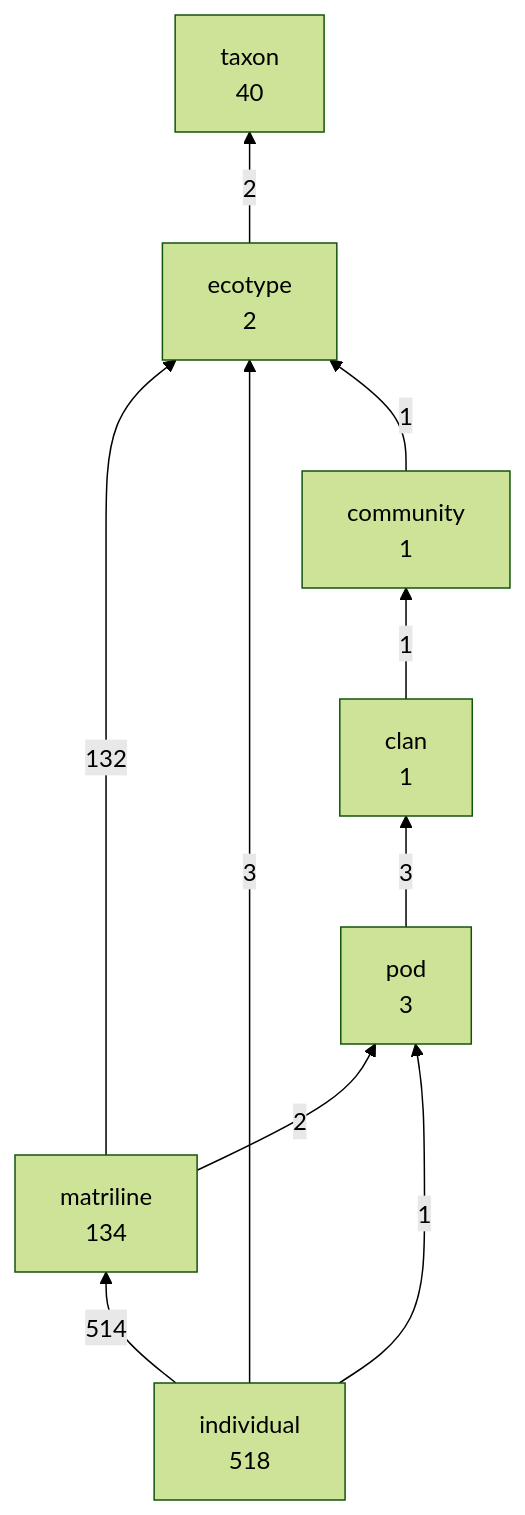
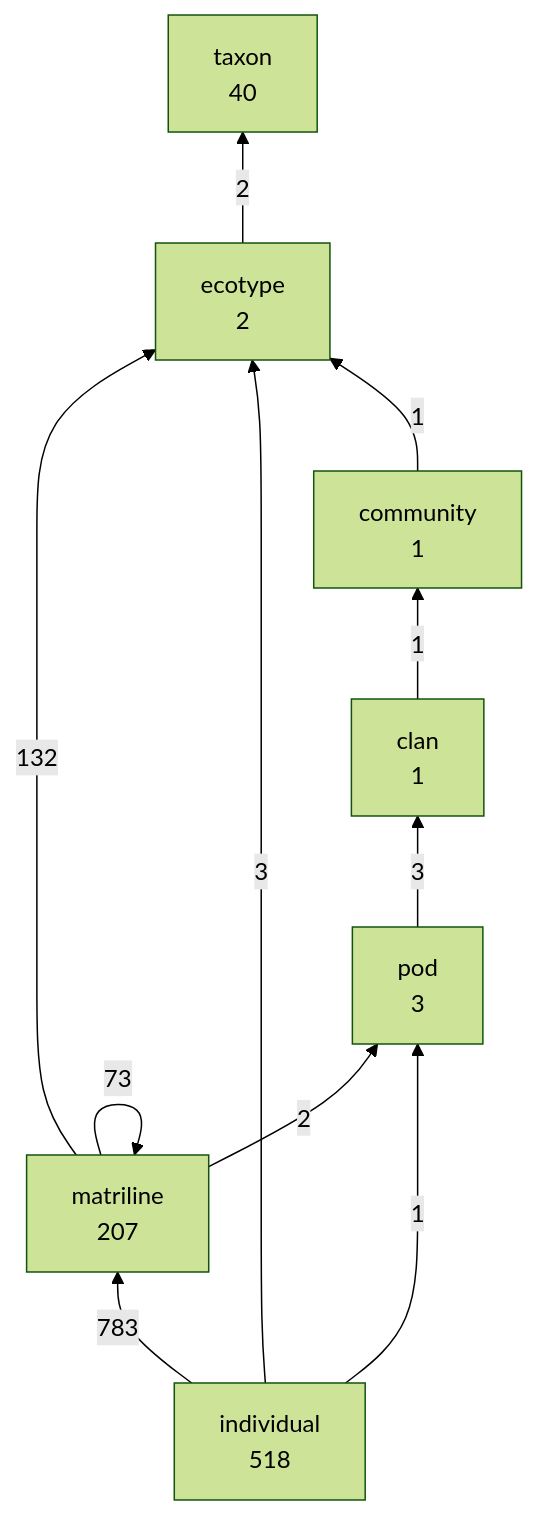
Before and after one commit to salish-sea/animals: the first of 2 diagrams in dist/structure.md, drawn with Mermaid (forest theme). The commit also changed 14 other files, not shown here.

````diff
--- a/dist/structure.md
+++ b/dist/structure.md
@@ -11,19 +11,20 @@
 ```mermaid
 graph BT
   clan["clan<br/>1"]
   community["community<br/>1"]
   ecotype["ecotype<br/>2"]
   individual["individual<br/>518"]
-  matriline["matriline<br/>134"]
+  matriline["matriline<br/>207"]
   pod["pod<br/>3"]
   taxon["taxon<br/>40"]
-  individual -->|514| matriline
+  individual -->|783| matriline
   matriline -->|132| ecotype
+  matriline -->|73| matriline
   individual -->|3| ecotype
   pod -->|3| clan
   ecotype -->|2| taxon
   matriline -->|2| pod
   clan -->|1| community
   community -->|1| ecotype
   individual -->|1| pod
 ```
````
